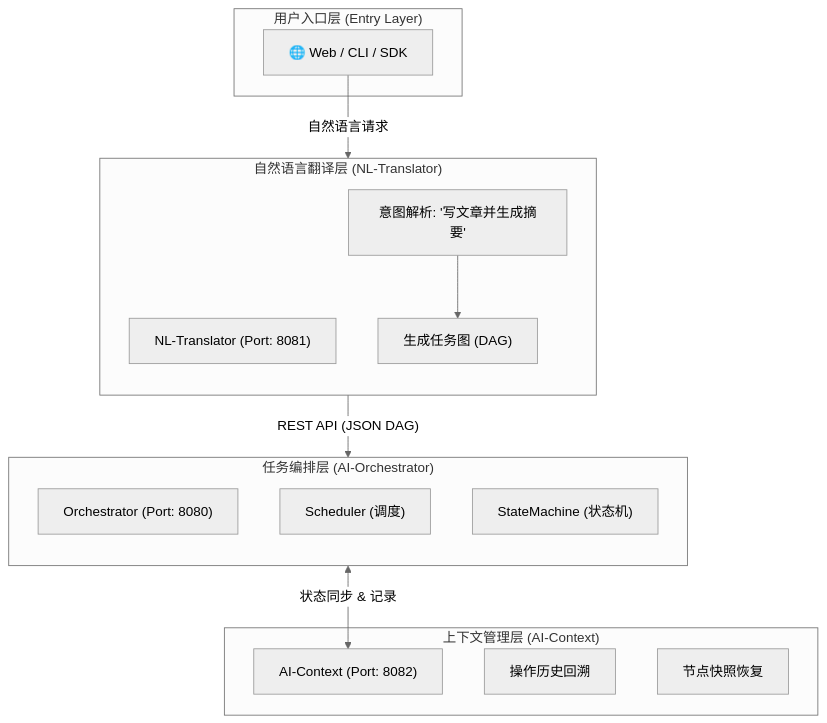
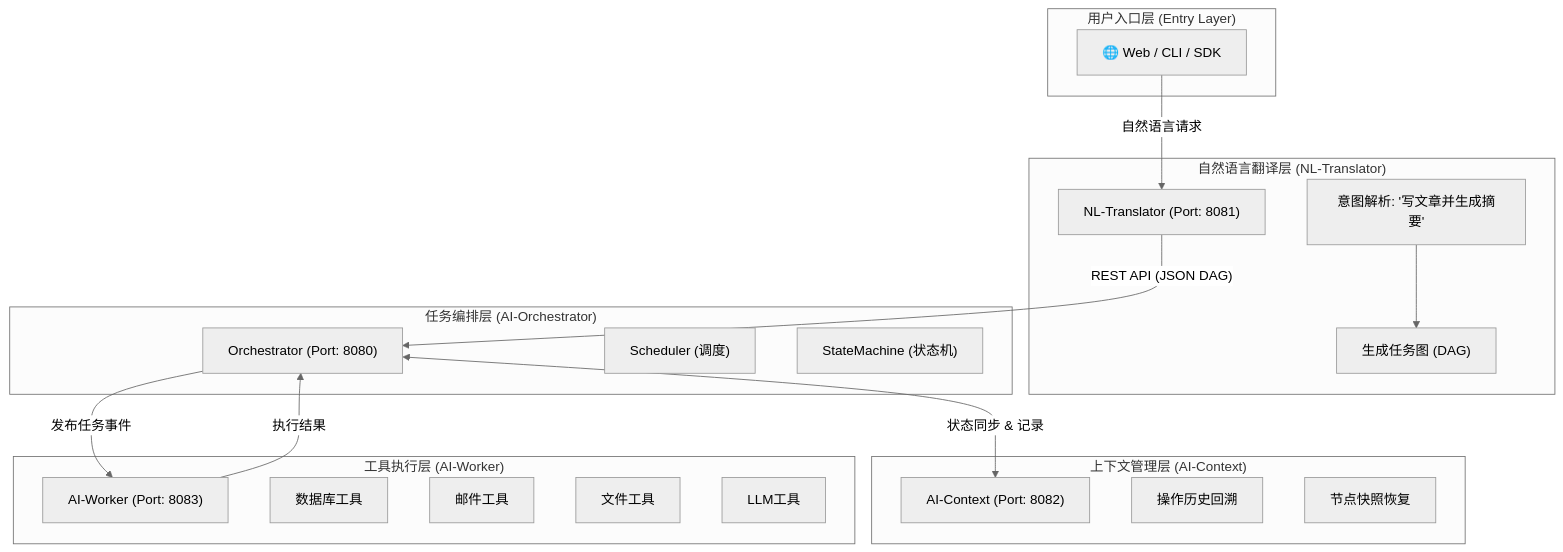
The first of 4 diagrams in README.md (SUSTechWLA/lingxi-ai-operation-system), drawn with Mermaid (neutral theme) before and after one commit. The commit also changed other lines of this file, not shown here.

Commit message:
readme图bug修复

````diff
--- a/README.md
+++ b/README.md
@@ -52,29 +53,37 @@
-``` mermaid
+```mermaid
 graph TD
     subgraph "用户入口层 (Entry Layer)"
         A[🌐 Web / CLI / SDK]
     end
 
     subgraph "自然语言翻译层 (NL-Translator)"
-    direction TB
         B["NL-Translator (Port: 8081)"]
         B1["意图解析: '写文章并生成摘要'"] --> B2["生成任务图 (DAG)"]
     end
 
     subgraph "任务编排层 (AI-Orchestrator)"
-    direction TB
         C["Orchestrator (Port: 8080)"]
         C1["Scheduler (调度)"]
         C2["StateMachine (状态机)"]
     end
 
     subgraph "上下文管理层 (AI-Context)"
         D["AI-Context (Port: 8082)"]
         D1["操作历史回溯"]
         D2["节点快照恢复"]
     end
 
+    subgraph "工具执行层 (AI-Worker)"
+        E["AI-Worker (Port: 8083)"]
+        E1["数据库工具"]
+        E2["邮件工具"]
+        E3["文件工具"]
+        E4["LLM工具"]
+    end
+
     A -->|"自然语言请求"| B
     B -->|"REST API (JSON DAG)"| C
     C <-->|"状态同步 & 记录"| D
+    C -->|"发布任务事件"| E
+    E -->|"执行结果"| C
 ```
````
